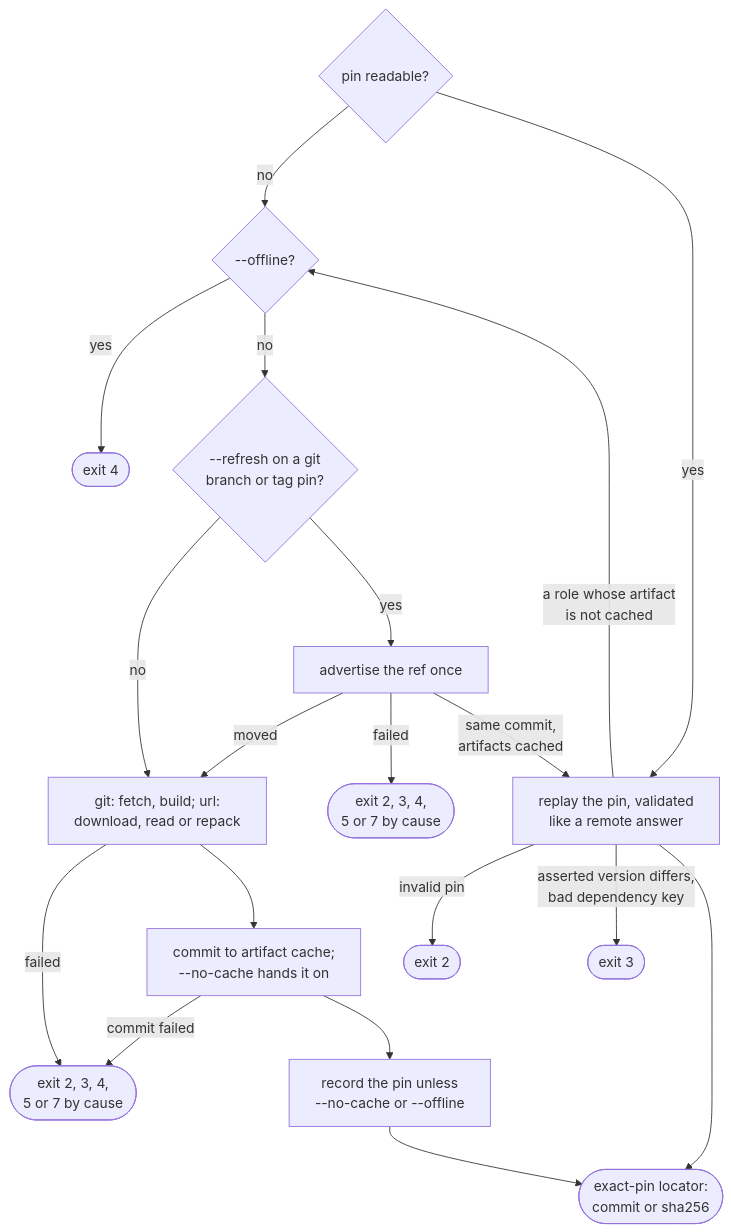
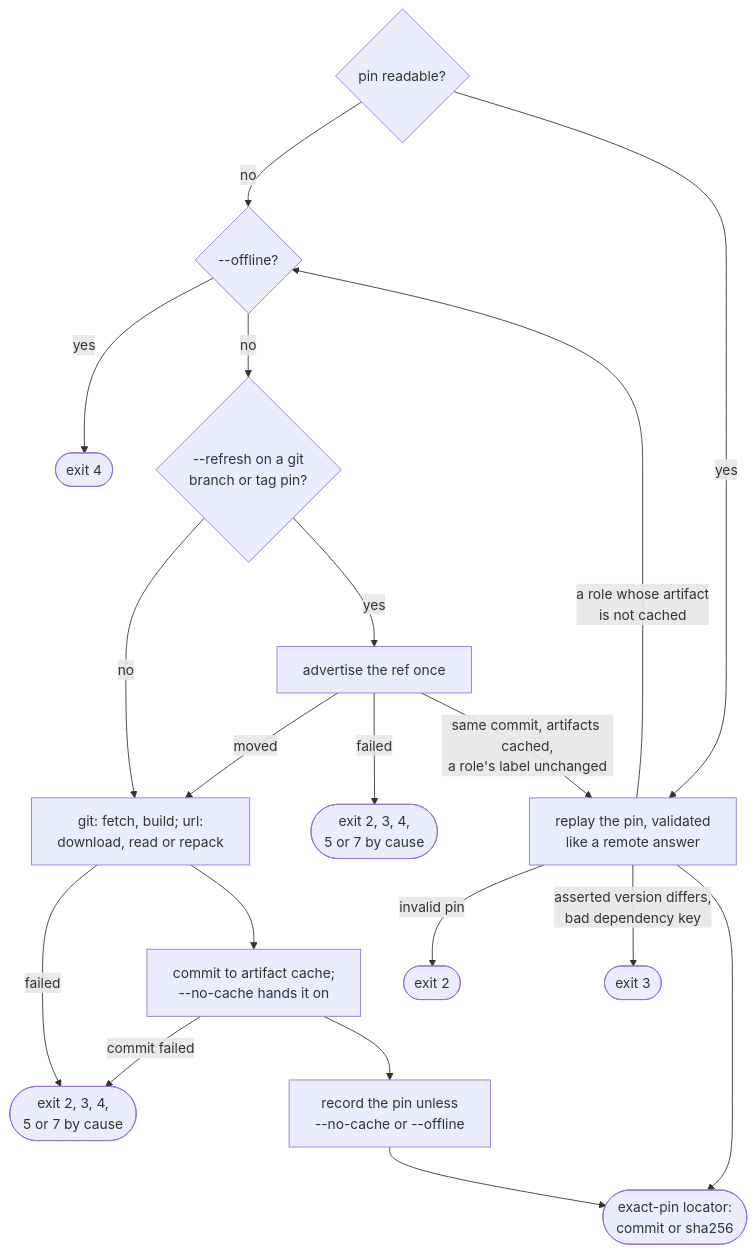
Before and after one commit to greeddj/go-galaxy: the fourth of 7 diagrams in docs/internals/flow-install.md, drawn with Mermaid. The commit also changed 5 other files, not shown here.

````diff
--- a/docs/internals/flow-install.md
+++ b/docs/internals/flow-install.md
@@ -109,21 +109,21 @@
 ```mermaid
 flowchart TD
   P1{"pin readable?"} -->|"no"| P3{"--offline?"}
   P1 -->|"yes"| P2["replay the pin, validated<br/>like a remote answer"]
   P2 -->|"invalid pin"| X2(["exit 2"])
   P2 -->|"asserted version differs,<br/>bad dependency key"| X3(["exit 3"])
   P2 -->|"a role whose artifact<br/>is not cached"| P3
   P3 -->|"yes"| X4(["exit 4"])
   P3 -->|"no"| P4{"--refresh on a git<br/>branch or tag pin?"}
   P4 -->|"no"| P6["git: fetch, build; url:<br/>download, read or repack"]
   P4 -->|"yes"| P5["advertise the ref once"]
   P5 -->|"moved"| P6
   P5 -->|"failed"| XF1(["exit 2, 3, 4,<br/>5 or 7 by cause"])
-  P5 -->|"same commit,<br/>artifacts cached"| P2
+  P5 -->|"same commit, artifacts cached,<br/>a role's label unchanged"| P2
   P6 -->|"failed"| XF(["exit 2, 3, 4,<br/>5 or 7 by cause"])
   P6 --> P7["commit to artifact cache;<br/>--no-cache hands it on"]
   P7 -->|"commit failed"| XF
   P7 --> P8["record the pin unless<br/>--no-cache or --offline"]
   P8 --> OUT(["exact-pin locator:<br/>commit or sha256"])
   P2 --> OUT
 ```
````
